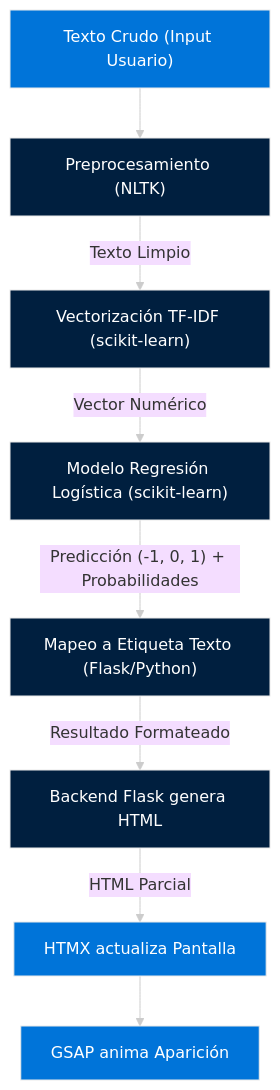
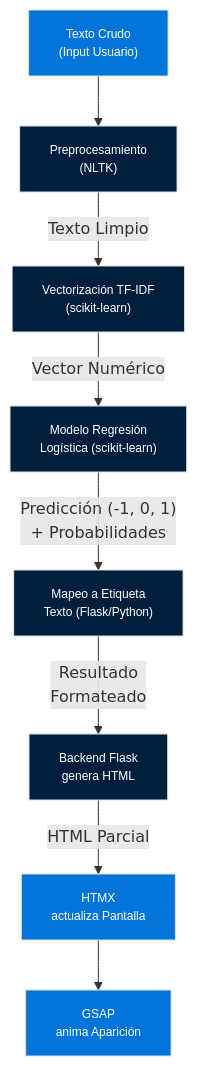
One commit to Roska-x/Sentiment-Analyzer-Machine changed the diagram in README.md. Above: the diagram before and after it, drawn with Mermaid.

````diff
--- a/README.md
+++ b/README.md
@@ -55,23 +55,28 @@
 ```mermaid
-%%{init: {'theme': 'base', 'themeVariables': { 'lineColor': '#CCCCCC', 'textColor': '#FFFFFF'}}}%%
+%%{init: {
+    'theme': 'dark',
+    'themeVariables': {
+        'lineColor': '#A9A9A9', // Un gris un poco más oscuro para las líneas
+        'textColor': '#FFFFFF'
+    },
+    'flowchart': {
+        'htmlLabels': true, // Permite el uso de <br> y otro HTML simple en etiquetas
+        'nodeSpacing': 50,
+        'rankSpacing': 60
+    }
+}}%%
 graph TD
-    A["Texto Crudo (Input Usuario)"] --> B["Preprocesamiento (NLTK)"];
-    B -- "Texto Limpio" --> C["Vectorización TF-IDF (scikit-learn)"];
-    C -- "Vector Numérico" --> D["Modelo Regresión Logística (scikit-learn)"];
-    D -- "Predicción (-1, 0, 1) + Probabilidades" --> E["Mapeo a Etiqueta Texto (Flask/Python)"];
-    E -- "Resultado Formateado" --> F["Backend Flask genera HTML"];
-    F -- "HTML Parcial" --> G["HTMX actualiza Pantalla"];
-    G --> H["GSAP anima Aparición"];
+    A["Texto Crudo<br>(Input Usuario)"] --> B["Preprocesamiento<br>(NLTK)"];
+    B -- "Texto Limpio" --> C["Vectorización TF-IDF<br>(scikit-learn)"];
+    C -- "Vector Numérico" --> D["Modelo Regresión<br>Logística (scikit-learn)"];
+    D -- "Predicción (-1, 0, 1)<br>+ Probabilidades" --> E["Mapeo a Etiqueta<br>Texto (Flask/Python)"];
+    E -- "Resultado<br>Formateado" --> F["Backend Flask<br>genera HTML"];
+    F -- "HTML Parcial" --> G["HTMX<br>actualiza Pantalla"];
+    G --> H["GSAP<br>anima Aparición"];
 
-    %% --- Estilos Mejorados para Contraste en Tema Oscuro ---
+    classDef grey fill:#001f3f,stroke:#E0E0E0,color:#FFFFFF,font-family:Arial,font-size:12px;
+    classDef primary fill:#0074D9,stroke:#E0E0E0,color:#FFFFFF,font-family:Arial,font-size:12px;
 
-    %% Clase para nodos principales/de proceso (azul marino oscuro)
-    classDef grey fill:#001f3f,stroke:#EAEAEA,color:#FFFFFF;
-
-    %% Clase para nodos de entrada/salida/UI (azul medio)
-    classDef primary fill:#0074D9,stroke:#EAEAEA,color:#FFFFFF;
-
-    %% Aplicar las clases a los nodos específicos
     class A,G,H primary;
     class B,C,D,E,F grey;
 ```
````
